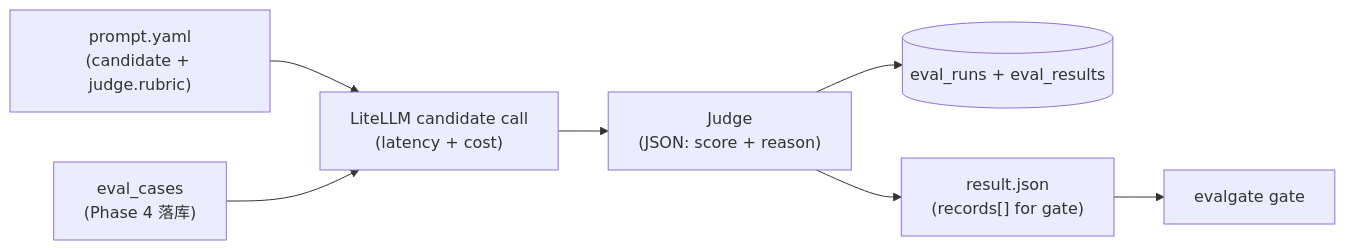
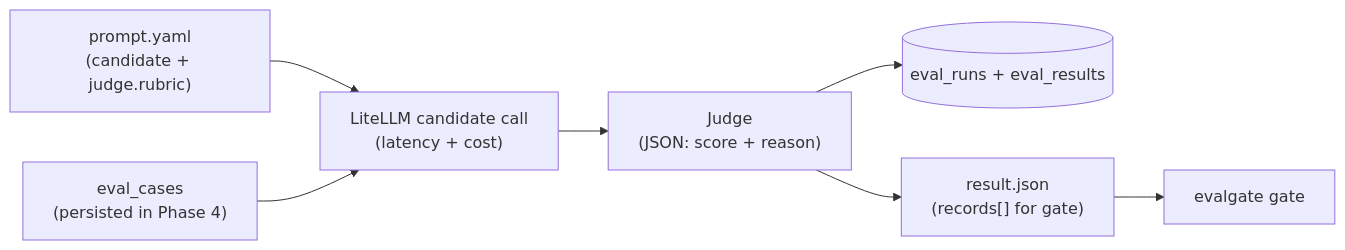
Before and after one commit to AndyUneducated/eval-gate: the diagram in docs/PHASE_5_PLAN.md, drawn with Mermaid. The commit also changed other lines of this file and 22 other files, not shown here.

````diff
--- a/docs/PHASE_5_PLAN.md
+++ b/docs/PHASE_5_PLAN.md
@@ -11,14 +11,14 @@
 ```mermaid
 flowchart LR
   YAML["prompt.yaml<br/>(candidate + judge.rubric)"]
-  Cases["eval_cases<br/>(Phase 4 落库)"]
+  Cases["eval_cases<br/>(persisted in Phase 4)"]
   Cand["LiteLLM candidate call<br/>(latency + cost)"]
   Judge["Judge<br/>(JSON: score + reason)"]
   DB[("eval_runs + eval_results")]
   JSON["result.json<br/>(records[] for gate)"]
   Gate["evalgate gate"]
 
   YAML --> Cand
   Cases --> Cand --> Judge --> DB
   Judge --> JSON --> Gate
 ```
````
